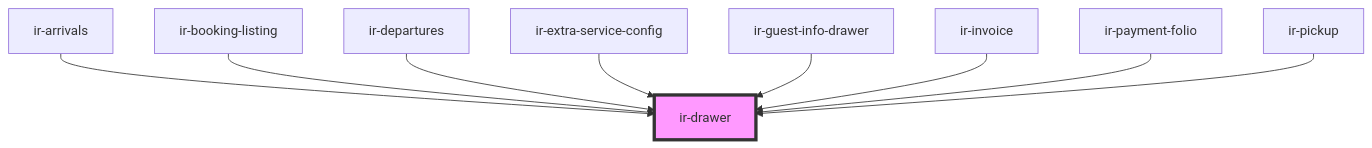
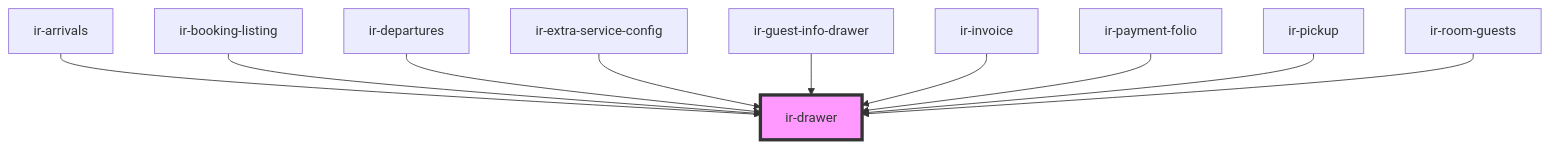
Before and after one commit to David1Chowaifaty/modified-ir-webcmp: the diagram in src/components/ir-drawer/readme.md, drawn with Mermaid. The commit also changed other lines of this file and 35 other files, not shown here.

First line of the commit message:
Add InvoicableItemType and update InvoicableItemSchema for type safety

````diff
--- a/src/components/ir-drawer/readme.md
+++ b/src/components/ir-drawer/readme.md
@@ -41,12 +42,13 @@
 ```mermaid
 graph TD;
   ir-arrivals --> ir-drawer
   ir-booking-listing --> ir-drawer
   ir-departures --> ir-drawer
   ir-extra-service-config --> ir-drawer
   ir-guest-info-drawer --> ir-drawer
   ir-invoice --> ir-drawer
   ir-payment-folio --> ir-drawer
   ir-pickup --> ir-drawer
+  ir-room-guests --> ir-drawer
   style ir-drawer fill:#f9f,stroke:#333,stroke-width:4px
 ```
````
